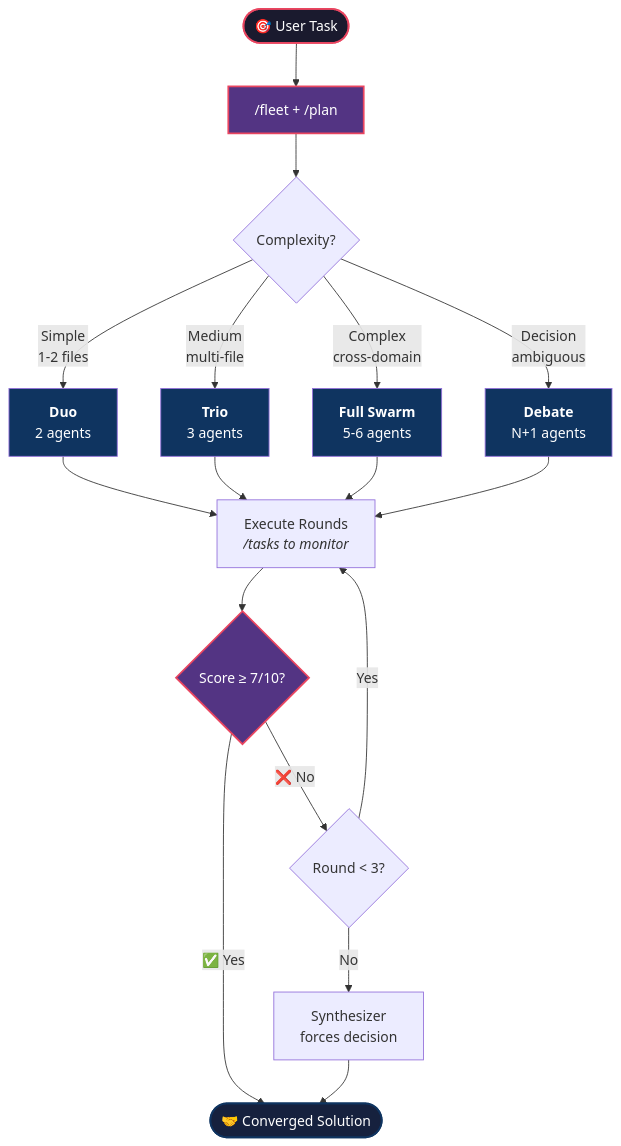
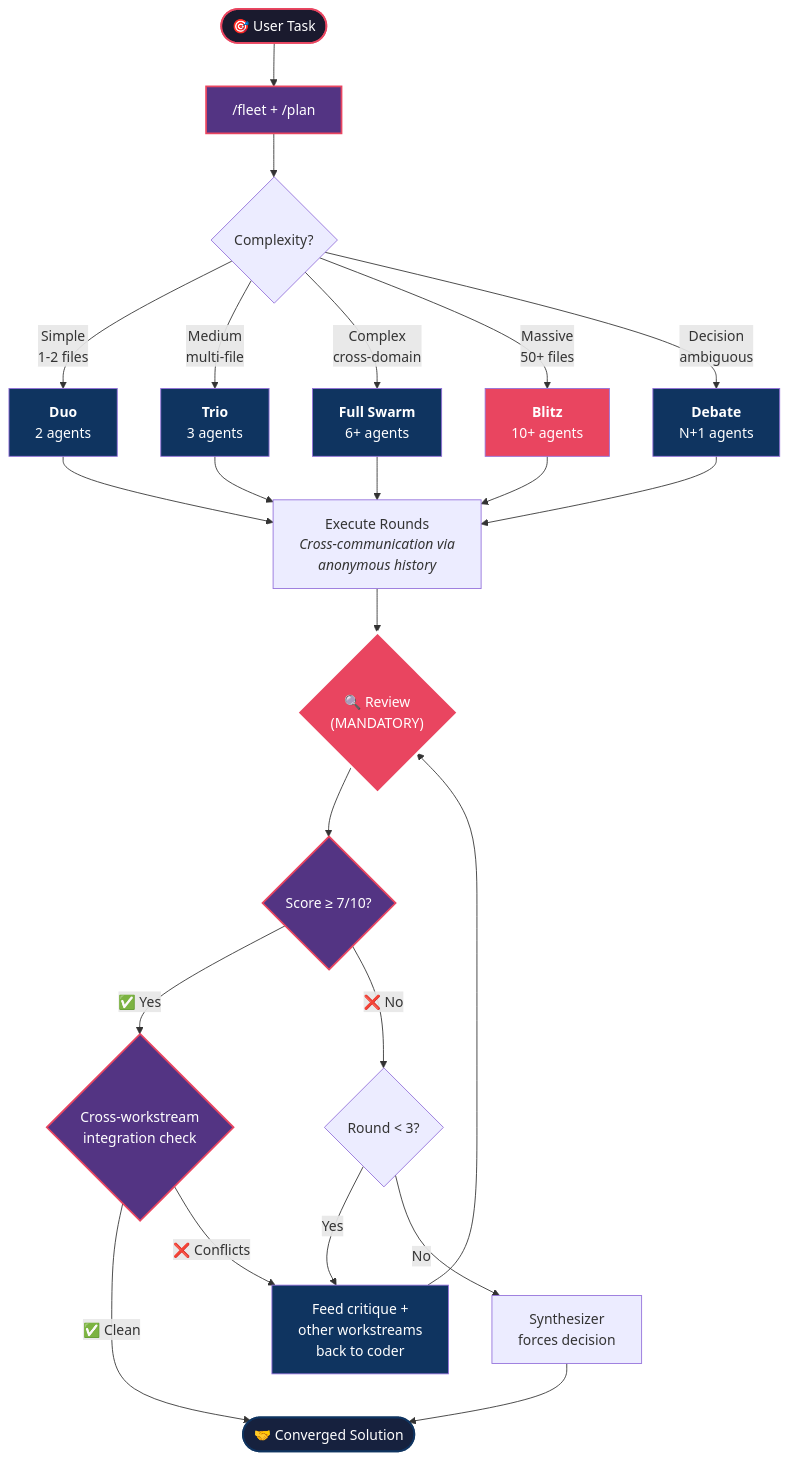
Before and after one commit to schwarztim/open-swarm: the second of 7 diagrams in README.md, drawn with Mermaid. The commit also changed other lines of this file and 1 other file, not shown here.

First line of the commit message:
v5.0: Cross-communication patterns, Blitz tier, mandatory review

````diff
--- a/README.md
+++ b/README.md
@@ -97,31 +97,41 @@
 ```mermaid
 flowchart TD
     START([🎯 User Task]) --> PREFLIGHT["/fleet + /plan"]
     PREFLIGHT --> TIER{Complexity?}
     
     TIER -->|"Simple<br/>1-2 files"| DUO["<b>Duo</b><br/>2 agents"]
     TIER -->|"Medium<br/>multi-file"| TRIO["<b>Trio</b><br/>3 agents"]
-    TIER -->|"Complex<br/>cross-domain"| FULL["<b>Full Swarm</b><br/>5-6 agents"]
+    TIER -->|"Complex<br/>cross-domain"| FULL["<b>Full Swarm</b><br/>6+ agents"]
+    TIER -->|"Massive<br/>50+ files"| BLITZ["<b>Blitz</b><br/>10+ agents"]
     TIER -->|"Decision<br/>ambiguous"| DEBATE["<b>Debate</b><br/>N+1 agents"]
     
     DUO --> EXECUTE
     TRIO --> EXECUTE
     FULL --> EXECUTE
+    BLITZ --> EXECUTE
     DEBATE --> EXECUTE
     
-    EXECUTE["Execute Rounds<br/><i>/tasks to monitor</i>"] --> SCORE{"Score ≥ 7/10?"}
-    SCORE -->|"✅ Yes"| CONVERGE([🤝 Converged Solution])
+    EXECUTE["Execute Rounds<br/><i>Cross-communication via<br/>anonymous history</i>"] --> REVIEW{"🔍 Review<br/>(MANDATORY)"}
+    REVIEW --> SCORE{"Score ≥ 7/10?"}
+    SCORE -->|"✅ Yes"| INTEGRATE{"Cross-workstream<br/>integration check"}
     SCORE -->|"❌ No"| ROUND{"Round < 3?"}
-    ROUND -->|"Yes"| EXECUTE
+    ROUND -->|"Yes"| FEEDBACK["Feed critique +<br/>other workstreams<br/>back to coder"]
+    FEEDBACK --> REVIEW
     ROUND -->|"No"| SYNTH["Synthesizer<br/>forces decision"]
+    INTEGRATE -->|"✅ Clean"| CONVERGE([🤝 Converged Solution])
+    INTEGRATE -->|"❌ Conflicts"| FEEDBACK
     SYNTH --> CONVERGE
 
     style START fill:#1a1a2e,stroke:#e94560,stroke-width:2px,color:#fff
     style PREFLIGHT fill:#533483,stroke:#e94560,stroke-width:2px,color:#fff
     style CONVERGE fill:#16213e,stroke:#0f3460,stroke-width:2px,color:#fff
     style SCORE fill:#533483,stroke:#e94560,stroke-width:2px,color:#fff
+    style REVIEW fill:#e94560,stroke:#fff,stroke-width:3px,color:#fff
+    style INTEGRATE fill:#533483,stroke:#e94560,stroke-width:2px,color:#fff
+    style FEEDBACK fill:#0f3460,color:#fff
     style DUO fill:#0f3460,color:#fff
     style TRIO fill:#0f3460,color:#fff
     style FULL fill:#0f3460,color:#fff
+    style BLITZ fill:#e94560,color:#fff
     style DEBATE fill:#0f3460,color:#fff
 ```
````
